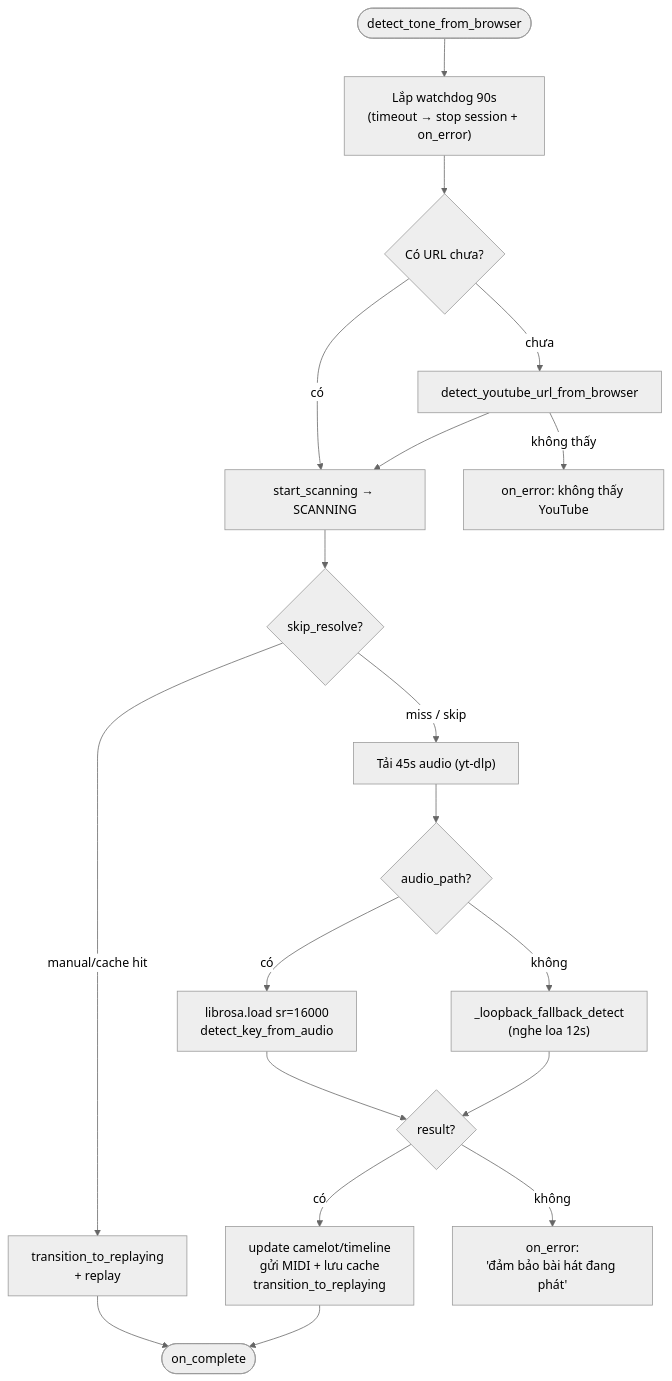
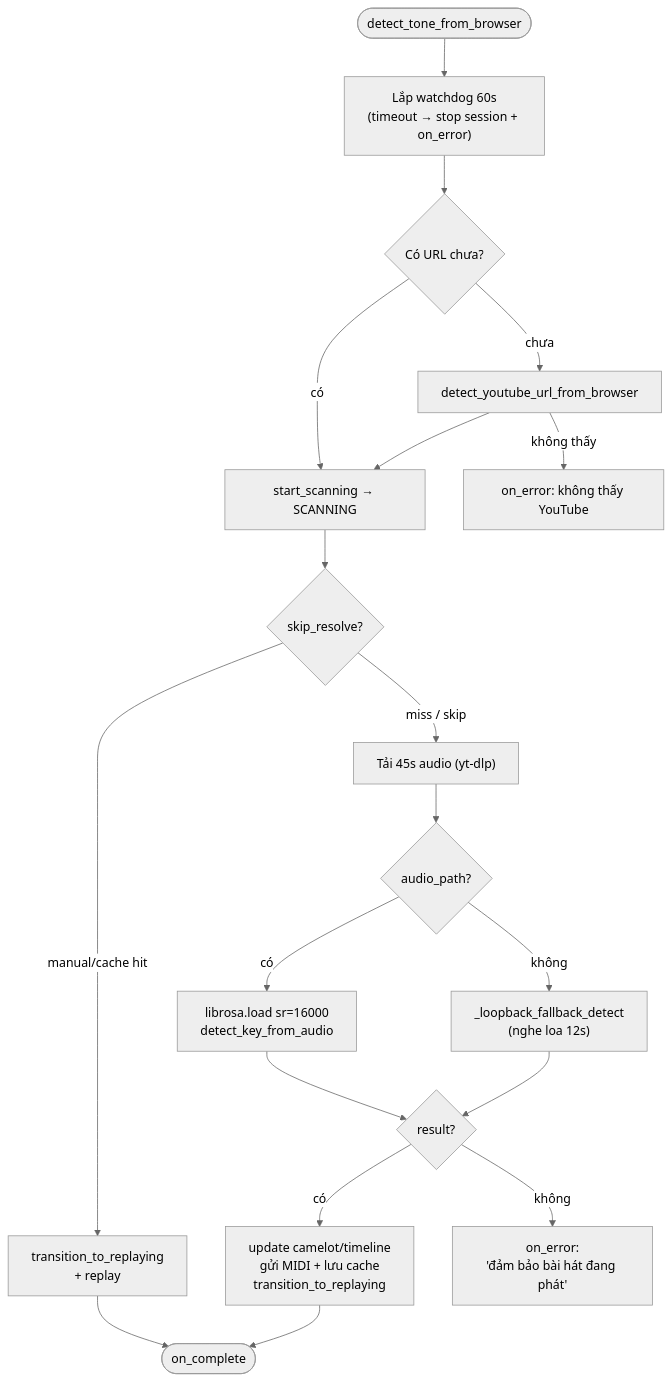
One commit to ligktit/quang-luu-studio changed the fifth of 9 diagrams in docs/TONE_FLOWS.md. Above: the diagram before and after it, drawn with Mermaid (neutral theme). The commit also changed other lines of this file and 75 other files, not shown here.

````diff
--- a/docs/TONE_FLOWS.md
+++ b/docs/TONE_FLOWS.md
@@ -160,22 +169,22 @@
 ```mermaid
 flowchart TD
-    F0([detect_tone_from_browser]) --> WD["Lắp watchdog 90s<br/>(timeout → stop session + on_error)"]
+    F0([detect_tone_from_browser]) --> WD["Lắp watchdog 60s<br/>(timeout → stop session + on_error)"]
     WD --> URL{Có URL chưa?}
     URL -->|chưa| SCAN[detect_youtube_url_from_browser]
     URL -->|có| SS
     SCAN -->|không thấy| E1[on_error: không thấy YouTube]
     SCAN --> SS[start_scanning → SCANNING]
 
     SS --> RESOLVE{skip_resolve?}
     RESOLVE -->|"manual/cache hit"| REPL1[transition_to_replaying<br/>+ replay] --> DONE
     RESOLVE -->|miss / skip| DL["Tải 45s audio (yt-dlp)"]
 
     DL --> DLOK{audio_path?}
     DLOK -->|có| LOAD["librosa.load sr=16000<br/>detect_key_from_audio"]
     DLOK -->|không| LBF["_loopback_fallback_detect<br/>(nghe loa 12s)"]
 
     LOAD --> RESULT{result?}
     LBF --> RESULT
     RESULT -->|có| FIN["update camelot/timeline<br/>gửi MIDI + lưu cache<br/>transition_to_replaying"] --> DONE([on_complete])
     RESULT -->|không| E2["on_error:<br/>'đảm bảo bài hát đang phát'"]
 ```
````
